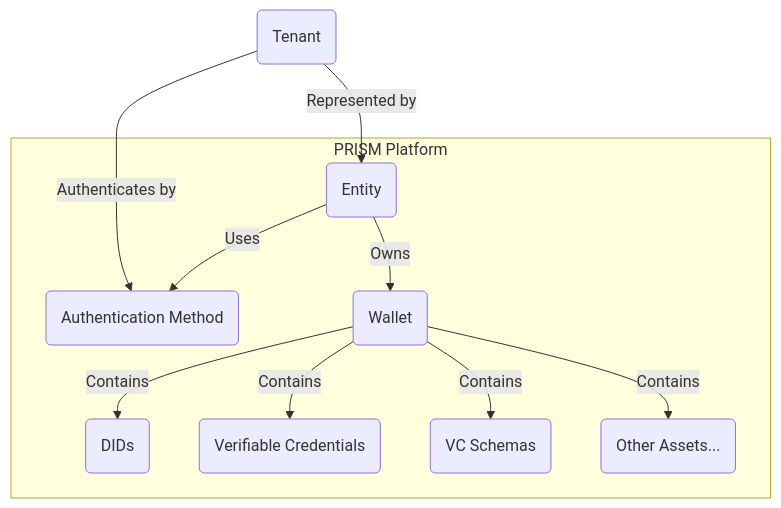
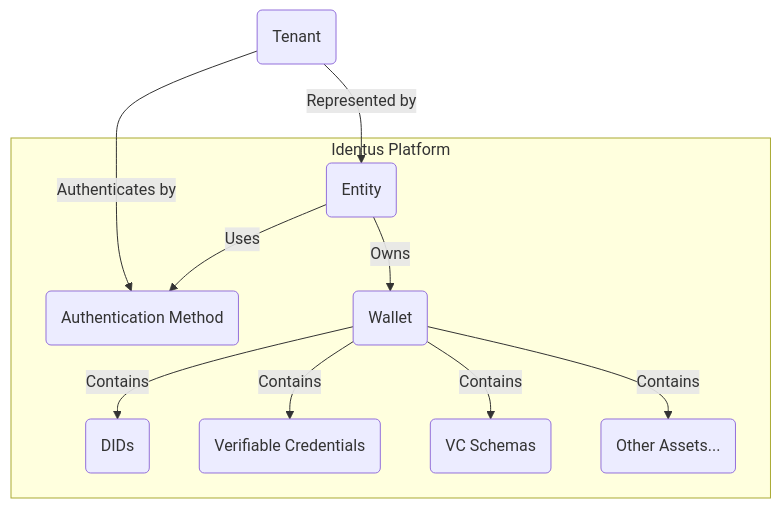
Before and after one commit to hyperledger/identus-docs: the diagram in documentation/docs/concepts/multi-tenancy.md, drawn with Mermaid. The commit also changed other lines of this file and 26 other files, not shown here.

````diff
--- a/documentation/docs/concepts/multi-tenancy.md
+++ b/documentation/docs/concepts/multi-tenancy.md
@@ -65,14 +65,14 @@
 ```mermaid
 graph TB;
     Tenant(Tenant) --> |Represented by| Entity
     Tenant --> |Authenticates by| AuthMethod(Authentication Method)
 
-    subgraph PRISM Platform
+    subgraph Identus Platform
             Wallet(Wallet) -->|Contains| DIDs(DIDs )
             Wallet(Wallet) -->|Contains| VCs(Verifiable Credentials)
             Wallet(Wallet) -->|Contains| VSSchemas(VC Schemas)
             Wallet(Wallet) -->|Contains| Assets(Other Assets...)
             Entity(Entity) -->|Owns| Wallet(Wallet)
             Entity(Entity) -->|Uses| AuthMethod(Authentication Method)
     end
 ```
````
